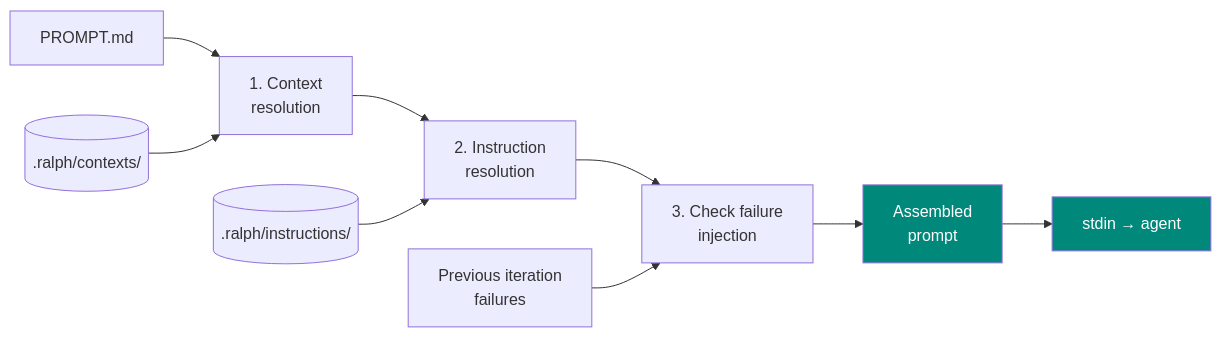
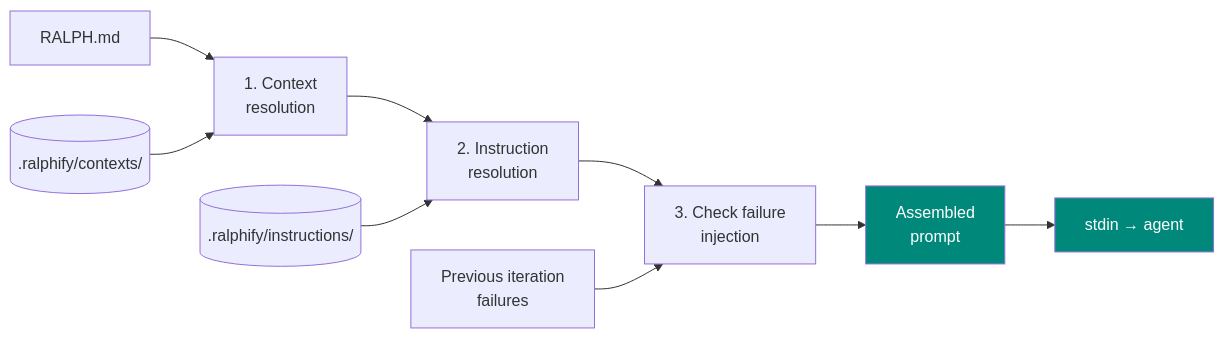
The second of 3 diagrams in docs/how-it-works.md (computerlovetech/ralphify), drawn with Mermaid before and after one commit. The commit also changed other lines of this file and 47 other files, not shown here.

First line of the commit message:
feat: rename "prompt" primitive to "ralph" and .ralph/ to .ralphify/

````diff
--- a/docs/how-it-works.md
+++ b/docs/how-it-works.md
@@ -76,14 +76,14 @@
 ``` mermaid
 flowchart LR
-    A["PROMPT.md"] --> B["1. Context\nresolution"]
+    A["RALPH.md"] --> B["1. Context\nresolution"]
     B --> C["2. Instruction\nresolution"]
     C --> D["3. Check failure\ninjection"]
     D --> E["Assembled\nprompt"]
-    F[(".ralph/contexts/")] --> B
-    G[(".ralph/instructions/")] --> C
+    F[(".ralphify/contexts/")] --> B
+    G[(".ralphify/instructions/")] --> C
     H["Previous iteration\nfailures"] --> D
     E --> I["stdin → agent"]
 
     style E fill:#00897b,color:#fff
     style I fill:#00897b,color:#fff
 ```
````
